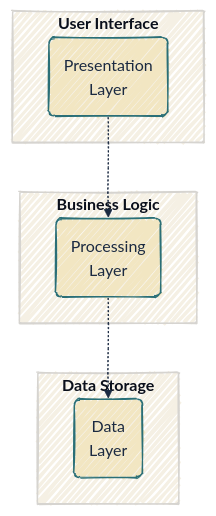
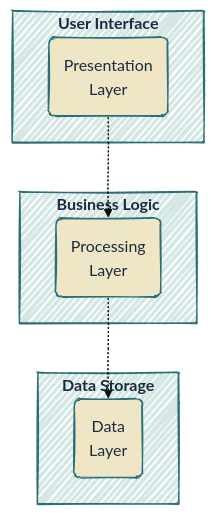
Before and after one commit to mjfrigaard/do4ds-labs: the first of 5 diagrams in lab02.qmd, drawn with Mermaid. The commit also changed other lines of this file and 37 other files, not shown here.

Commit message:
updates to mermaid

````diff
--- a/lab02.qmd
+++ b/lab02.qmd
@@ -57,22 +57,26 @@
 ```{mermaid}
 %%| fig-align: center
-%%{init: {'theme': 'base', 'look': 'handDrawn', 'themeVariables': { 'fontFamily': 'monospace', "fontSize":"16px", 'primaryColor': '#F2E6C2', 'primaryBorderColor': '#2A6F77', 'primaryTextColor': '#1B2A41', 'secondaryColor': '#d4e7e4', 'tertiaryColor': '#f5f0e4', 'lineColor': '#1B2A41', 'edgeLabelBackground': '#F2E6C2'}}}%%
+%%{init: {'theme': 'base', 'look': 'handDrawn', 'themeVariables': {'fontFamily': 'monospace'}}}%%
 flowchart TD
     Present("Presentation<br>Layer") -.-> Process("Processing<br>Layer")
     Process -.-> Data("Data<br>Layer")
     
     subgraph UI["<strong>User Interface</strong>"]
         Present
     end
     
     subgraph BL["<strong>Business Logic</strong>"]
         Process
     end
     
     subgraph DS["<strong>Data Storage</strong>"]
         Data
     end
     
     %% #b5c0c5 is a tint of #6b818c
+    classDef default fill:#F2E6C2,stroke:#2A6F77,color:#1B2A41
+    style UI fill:#d4e7e4,stroke:#2A6F77,color:#1B2A41
+    style BL fill:#d4e7e4,stroke:#2A6F77,color:#1B2A41
+    style DS fill:#d4e7e4,stroke:#2A6F77,color:#1B2A41
     
 ```
````
